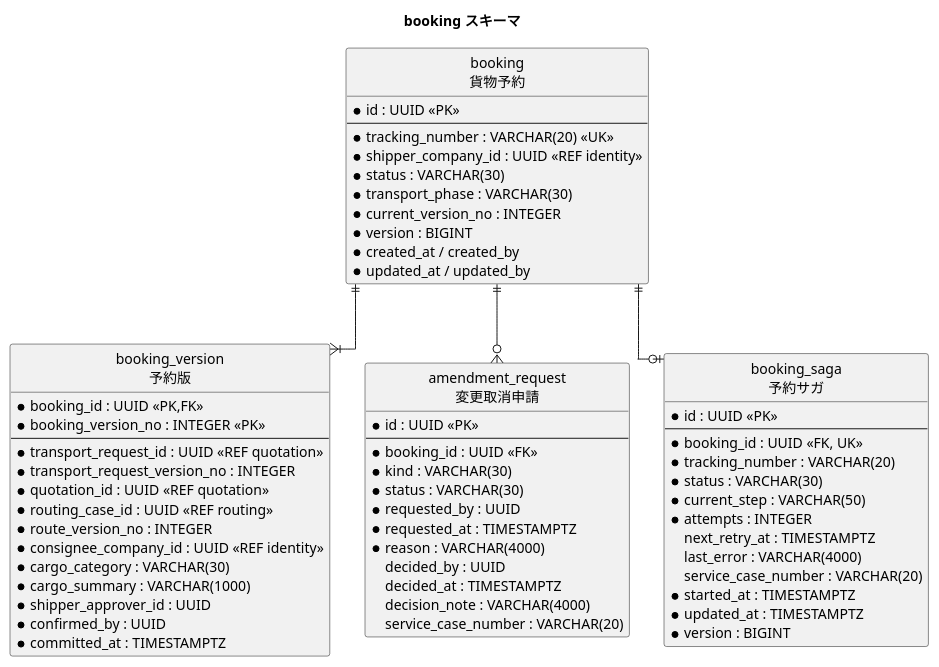
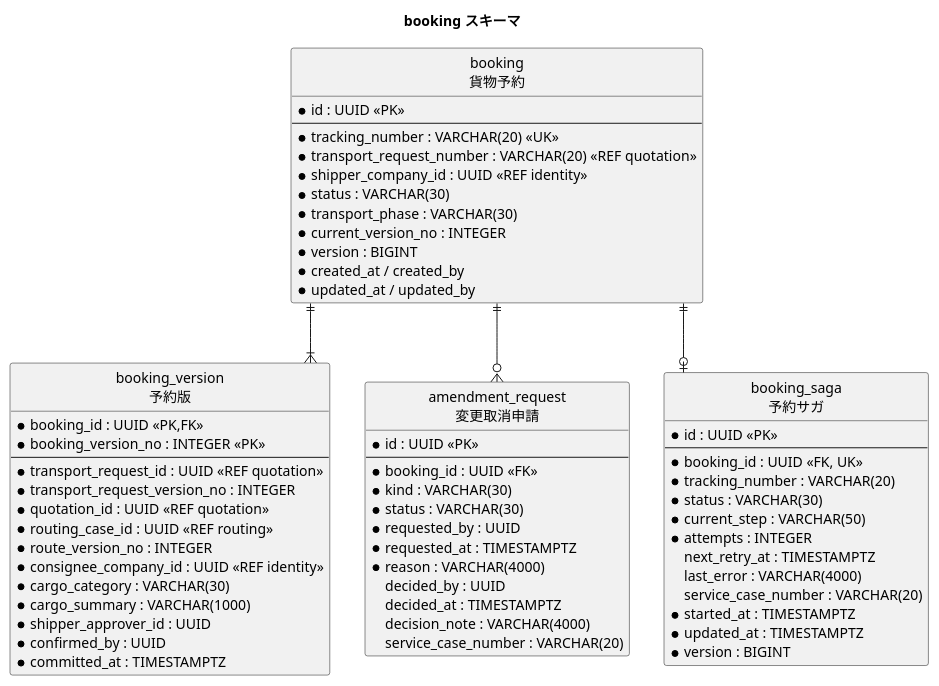
One commit to k2works/practical-domain-driven-design-in-enterpris-application changed the fourth of 8 diagrams in docs/design/cargo-tracker/data_model.md. Above: the diagram before and after it, drawn with PlantUML. The commit also changed other lines of this file and 12 other files, not shown here.

````diff
--- a/docs/design/cargo-tracker/data_model.md
+++ b/docs/design/cargo-tracker/data_model.md
@@ -516,68 +516,69 @@
 ```plantuml
 @startuml
 title booking スキーマ
 hide circle
 skinparam linetype ortho
 
 entity "booking\n貨物予約" as b {
   * id : UUID <<PK>>
   --
   * tracking_number : VARCHAR(20) <<UK>>
+  * transport_request_number : VARCHAR(20) <<REF quotation>>
   * shipper_company_id : UUID <<REF identity>>
   * status : VARCHAR(30)
   * transport_phase : VARCHAR(30)
   * current_version_no : INTEGER
   * version : BIGINT
   * created_at / created_by
   * updated_at / updated_by
 }
 entity "booking_version\n予約版" as bv {
   * booking_id : UUID <<PK,FK>>
   * booking_version_no : INTEGER <<PK>>
   --
   * transport_request_id : UUID <<REF quotation>>
   * transport_request_version_no : INTEGER
   * quotation_id : UUID <<REF quotation>>
   * routing_case_id : UUID <<REF routing>>
   * route_version_no : INTEGER
   * consignee_company_id : UUID <<REF identity>>
   * cargo_category : VARCHAR(30)
   * cargo_summary : VARCHAR(1000)
   * shipper_approver_id : UUID
   * confirmed_by : UUID
   * committed_at : TIMESTAMPTZ
 }
 entity "amendment_request\n変更取消申請" as ar {
   * id : UUID <<PK>>
   --
   * booking_id : UUID <<FK>>
   * kind : VARCHAR(30)
   * status : VARCHAR(30)
   * requested_by : UUID
   * requested_at : TIMESTAMPTZ
   * reason : VARCHAR(4000)
   decided_by : UUID
   decided_at : TIMESTAMPTZ
   decision_note : VARCHAR(4000)
   service_case_number : VARCHAR(20)
 }
 entity "booking_saga\n予約サガ" as saga {
   * id : UUID <<PK>>
   --
   * booking_id : UUID <<FK, UK>>
   * tracking_number : VARCHAR(20)
   * status : VARCHAR(30)
   * current_step : VARCHAR(50)
   * attempts : INTEGER
   next_retry_at : TIMESTAMPTZ
   last_error : VARCHAR(4000)
   service_case_number : VARCHAR(20)
   * started_at : TIMESTAMPTZ
   * updated_at : TIMESTAMPTZ
   * version : BIGINT
 }
 b ||--|{ bv
 b ||--o{ ar
 b ||--o| saga
 @enduml
 ```
````
